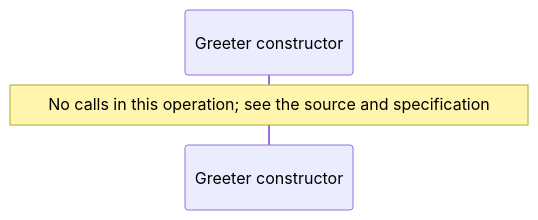
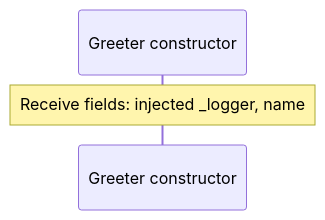
Before and after one commit to GreenPandaStudios/augscript: the fifth of 6 diagrams in docs/examples/interceptors/app-diagrams.md, drawn with Mermaid. The commit also changed other lines of this file and 289 other files, not shown here.

Commit message:
Correct diagram control flow and complete generated wiki navigation

````diff
--- a/docs/examples/interceptors/app-diagrams.md
+++ b/docs/examples/interceptors/app-diagrams.md
@@ -101,6 +101,6 @@
 ```mermaid
 sequenceDiagram
     participant p0 as Greeter constructor
 
-    Note over p0: No calls in this operation#59; see the source and specification
+    Note over p0: Receive fields: injected _logger, name
 ```
````
